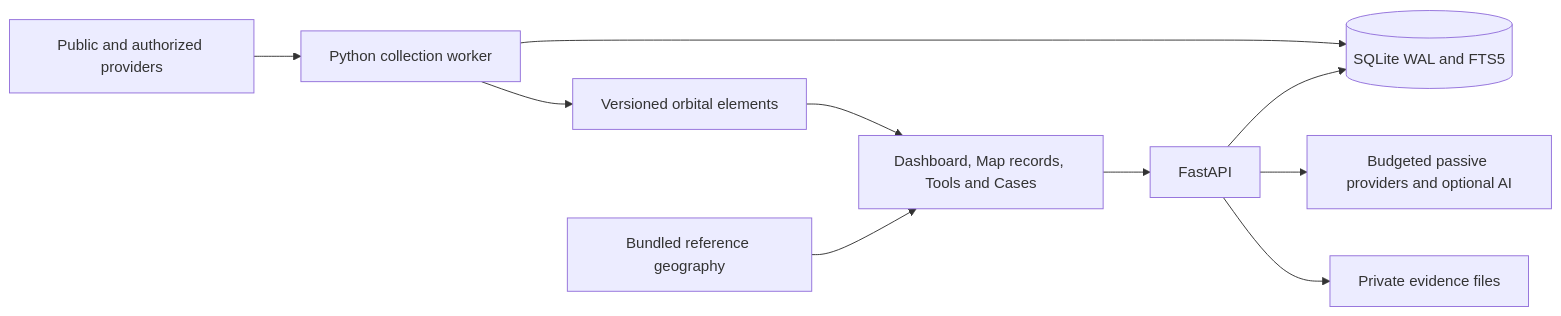
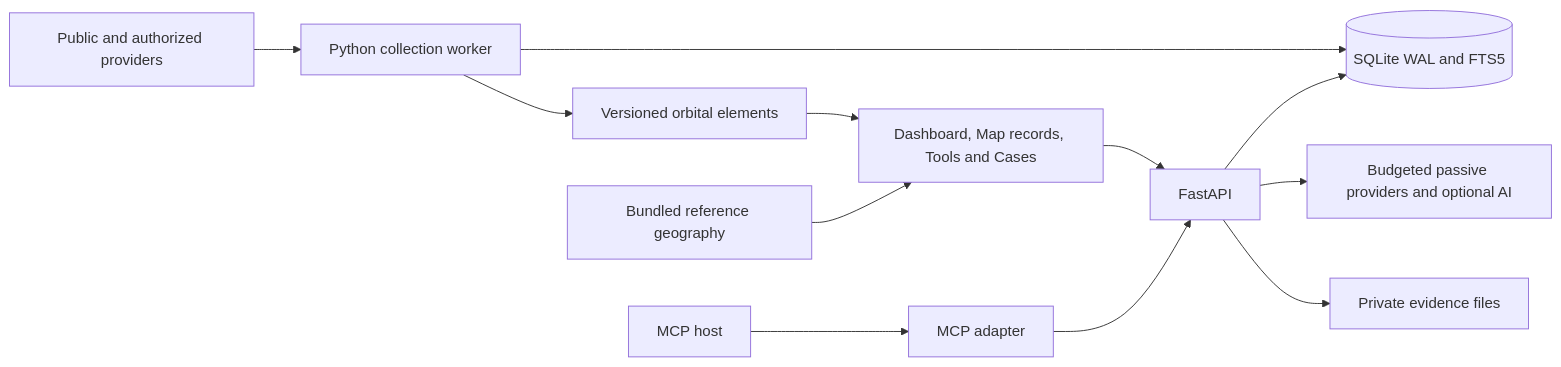
The diagram in README.md (abanerjee84/signal-atlas-osint), drawn with Mermaid before and after one commit. The commit also changed other lines of this file and 8 other files, not shown here.

Commit message:
add MCP adapter and integration documentation

````diff
--- a/README.md
+++ b/README.md
@@ -299,12 +302,14 @@
 ```mermaid
 flowchart LR
   Providers[Public and authorized providers] --> Worker[Python collection worker]
   Worker --> Store[(SQLite WAL and FTS5)]
   Browser[Dashboard, Map records, Tools and Cases] --> API[FastAPI]
+  MCPClient[MCP host] --> MCP[MCP adapter]
+  MCP --> API
   API --> Store
   Worker --> Elements[Versioned orbital elements]
   Elements --> Browser
   Geography[Bundled reference geography] --> Browser
   API --> Lookups[Budgeted passive providers and optional AI]
   API --> Evidence[Private evidence files]
 ```
````
